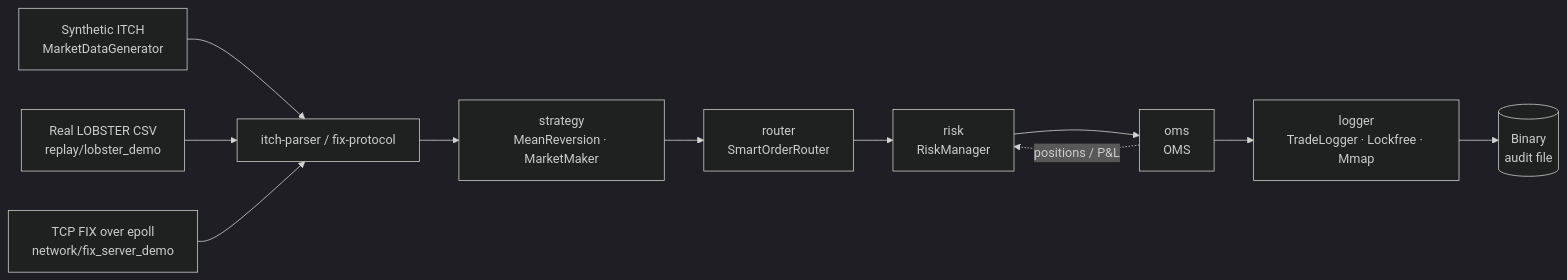
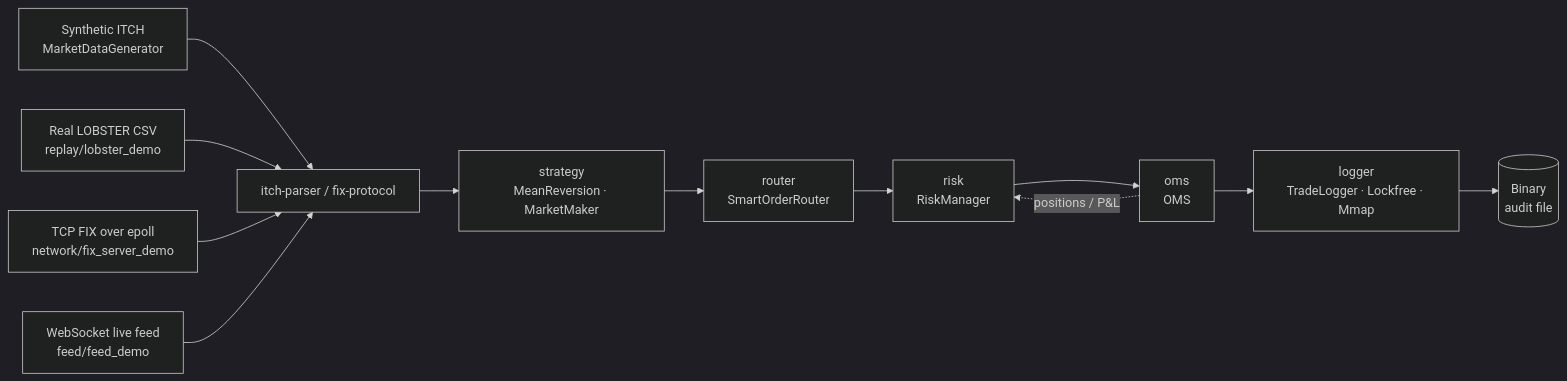
The diagram in README.md (kanar11/hft-infra-lab), drawn with Mermaid (dark theme) before and after one commit. The commit also changed other lines of this file and 14 other files, not shown here.

First line of the commit message:
feat(feed): WebSocket live feed + dokończenie PL dokumentacji

````diff
--- a/README.md
+++ b/README.md
@@ -42,19 +42,21 @@
 ```mermaid
 flowchart LR
     SynthFeed[Synthetic ITCH<br/>MarketDataGenerator]
     LobsterFeed[Real LOBSTER CSV<br/>replay/lobster_demo]
     TCPFeed[TCP FIX over epoll<br/>network/fix_server_demo]
+    WSFeed[WebSocket live feed<br/>feed/feed_demo]
     Parser[itch-parser / fix-protocol]
     Strategy[strategy<br/>MeanReversion · MarketMaker]
     Router[router<br/>SmartOrderRouter]
     Risk[risk<br/>RiskManager]
     OMS[oms<br/>OMS]
     Logger[logger<br/>TradeLogger · Lockfree · Mmap]
     Audit[(Binary<br/>audit file)]
 
     SynthFeed   --> Parser
     LobsterFeed --> Parser
     TCPFeed     --> Parser
+    WSFeed      --> Parser
     Parser --> Strategy --> Router --> Risk --> OMS --> Logger --> Audit
     OMS -. positions / P&L .-> Risk
 ```
````
